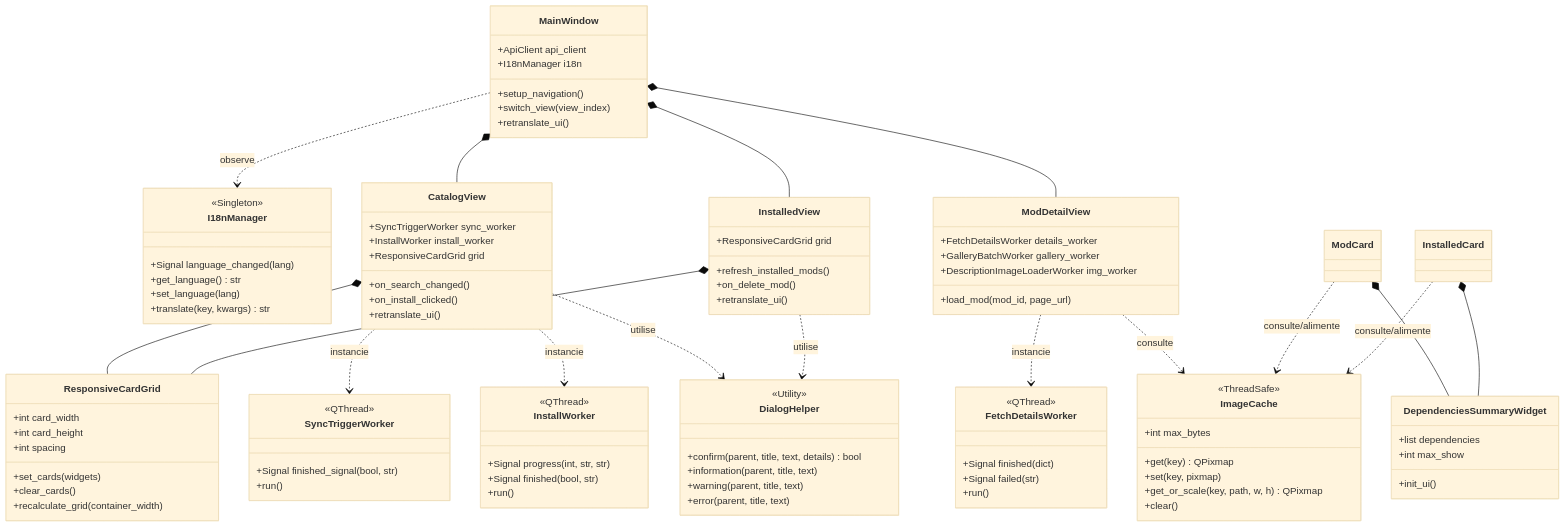
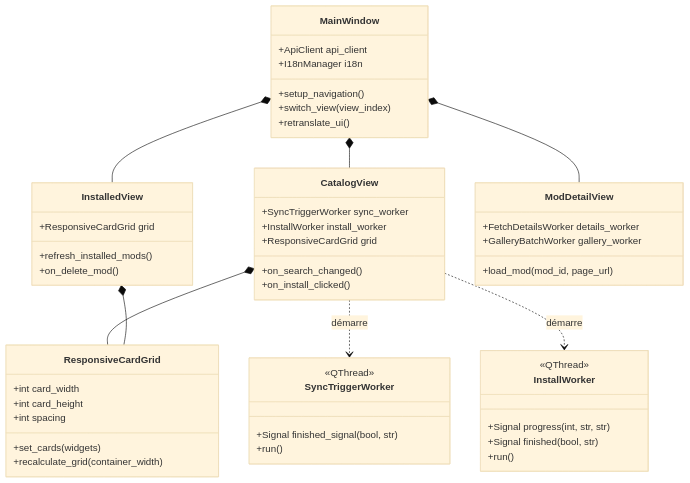
Before and after one commit to pleasurecreator610-boop/SIMS4-Mods-Manager: the fourth of 5 diagrams in documentation/modules_and_classes.md, drawn with Mermaid (base theme). The commit also changed other lines of this file and 7 other files, not shown here.

Commit message:
docs: update technical documentation with 3-tier architecture, add performance roadmap and refresh accessible README

````diff
--- a/documentation/modules_and_classes.md
+++ b/documentation/modules_and_classes.md
@@ -205,20 +225,11 @@
         +retranslate_ui()
     }
 
-    class I18nManager {
-        <<Singleton>>
-        +Signal language_changed(lang)
-        +get_language() str
-        +set_language(lang)
-        +translate(key, kwargs) str
-    }
-
     class ResponsiveCardGrid {
         +int card_width
         +int card_height
         +int spacing
         +set_cards(widgets)
-        +clear_cards()
         +recalculate_grid(container_width)
     }
 
@@ -228,44 +239,18 @@
         +ResponsiveCardGrid grid
         +on_search_changed()
         +on_install_clicked()
-        +retranslate_ui()
     }
 
     class InstalledView {
         +ResponsiveCardGrid grid
         +refresh_installed_mods()
         +on_delete_mod()
-        +retranslate_ui()
-    }
-
-    class DependenciesSummaryWidget {
-        +list dependencies
-        +int max_show
-        +init_ui()
-    }
-
-    class DialogHelper {
-        <<Utility>>
-        +confirm(parent, title, text, details) bool
-        +information(parent, title, text)
-        +warning(parent, title, text)
-        +error(parent, title, text)
     }
 
     class ModDetailView {
         +FetchDetailsWorker details_worker
         +GalleryBatchWorker gallery_worker
-        +DescriptionImageLoaderWorker img_worker
         +load_mod(mod_id, page_url)
-    }
-
-    class ImageCache {
-        <<ThreadSafe>>
-        +int max_bytes
-        +get(key) QPixmap
-        +set(key, pixmap)
-        +get_or_scale(key, path, w, h) QPixmap
-        +clear()
     }
 
     class SyncTriggerWorker {
@@ -281,27 +266,11 @@
         +run()
     }
 
-    class FetchDetailsWorker {
-        <<QThread>>
-        +Signal finished(dict)
-        +Signal failed(str)
-        +run()
-    }
-
     MainWindow *-- CatalogView
     MainWindow *-- InstalledView
     MainWindow *-- ModDetailView
-    MainWindow ..> I18nManager : observe
     CatalogView *-- ResponsiveCardGrid
     InstalledView *-- ResponsiveCardGrid
-    CatalogView ..> SyncTriggerWorker : instancie
-    CatalogView ..> InstallWorker : instancie
-    CatalogView ..> DialogHelper : utilise
-    InstalledView ..> DialogHelper : utilise
-    ModCard *-- DependenciesSummaryWidget
-    InstalledCard *-- DependenciesSummaryWidget
-    ModDetailView ..> FetchDetailsWorker : instancie
-    ModDetailView ..> ImageCache : consulte
-    ModCard ..> ImageCache : consulte/alimente
-    InstalledCard ..> ImageCache : consulte/alimente
+    CatalogView ..> SyncTriggerWorker : démarre
+    CatalogView ..> InstallWorker : démarre
 ```
````
